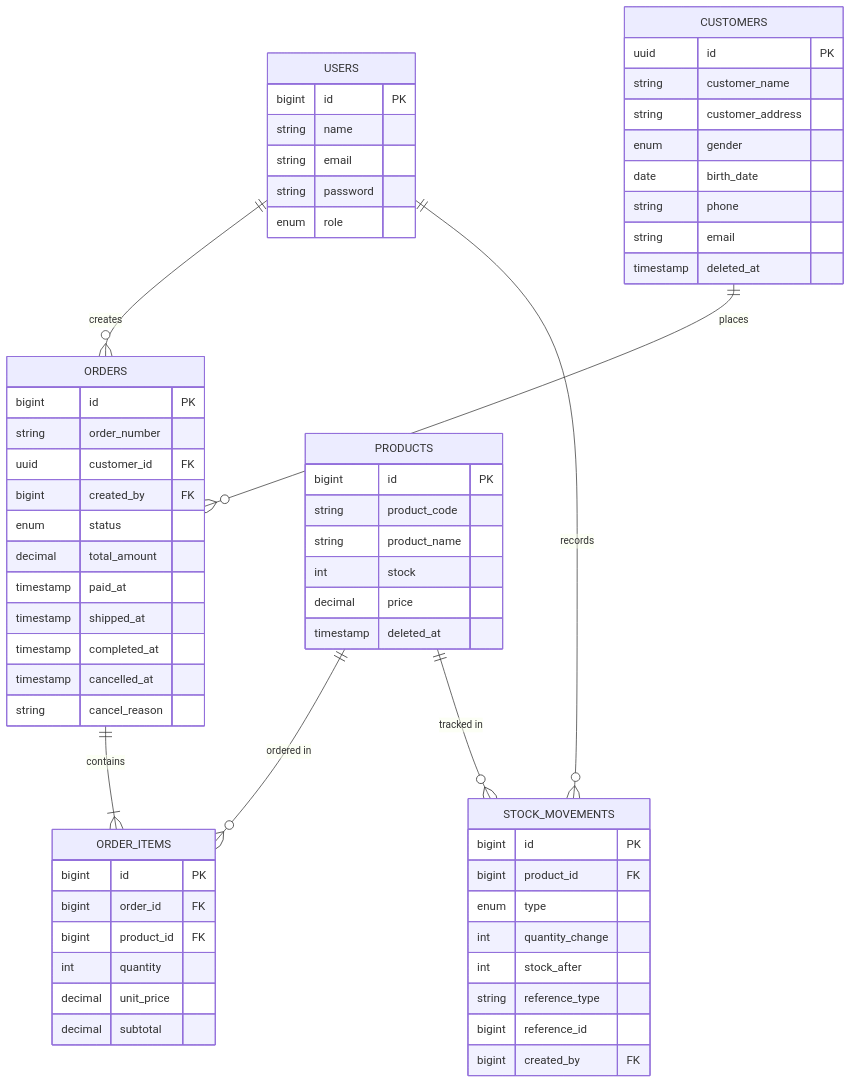
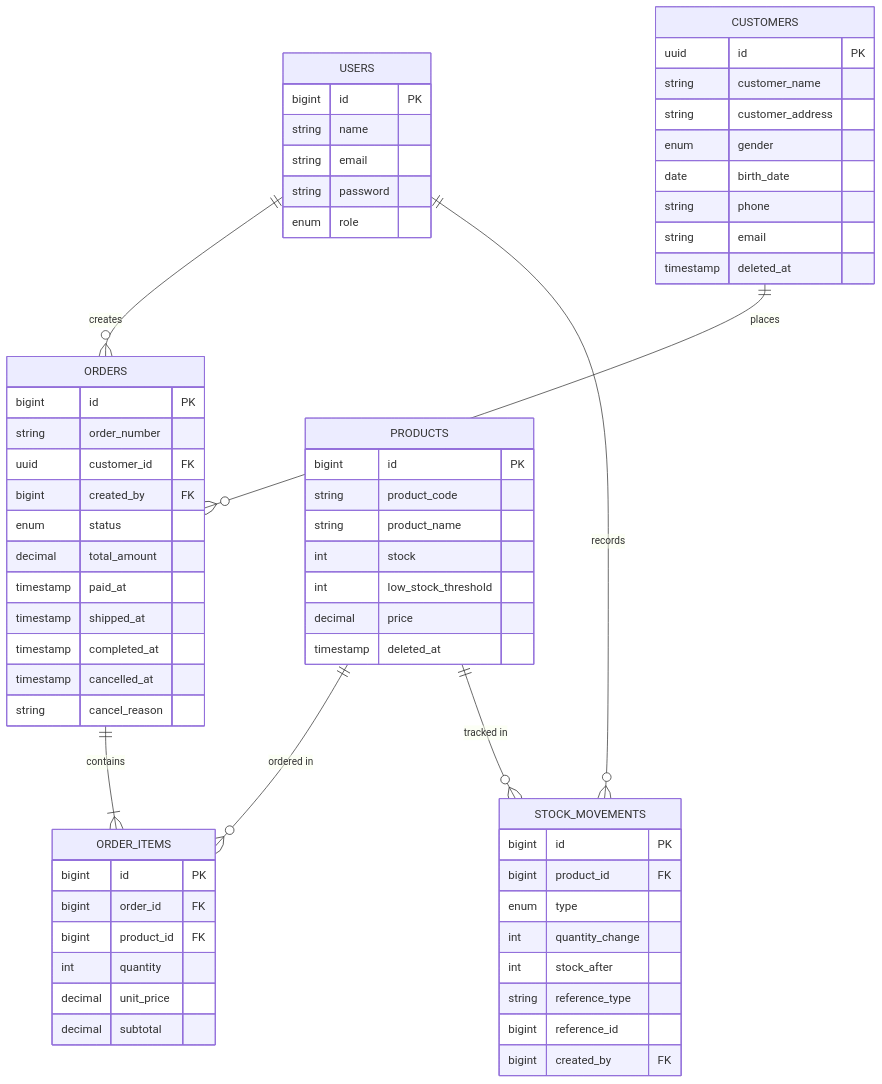
Before and after one commit to ProgNuha/order-system: the second of 2 diagrams in ARCHITECTURE.md, drawn with Mermaid. The commit also changed other lines of this file and 1 other file, not shown here.

Commit message:
docs: update readme and architecture document

````diff
--- a/ARCHITECTURE.md
+++ b/ARCHITECTURE.md
@@ -18,71 +18,72 @@
 ```mermaid
 erDiagram
     USERS ||--o{ ORDERS : creates
     USERS ||--o{ STOCK_MOVEMENTS : records
     CUSTOMERS ||--o{ ORDERS : places
     ORDERS ||--|{ ORDER_ITEMS : contains
     PRODUCTS ||--o{ ORDER_ITEMS : "ordered in"
     PRODUCTS ||--o{ STOCK_MOVEMENTS : "tracked in"
 
     USERS {
         bigint id PK
         string name
         string email
         string password
         enum role
     }
 
     PRODUCTS {
         bigint id PK
         string product_code
         string product_name
         int stock
+        int low_stock_threshold
         decimal price
         timestamp deleted_at
     }
 
     CUSTOMERS {
         uuid id PK
         string customer_name
         string customer_address
         enum gender
         date birth_date
         string phone
         string email
         timestamp deleted_at
     }
 
     ORDERS {
         bigint id PK
         string order_number
         uuid customer_id FK
         bigint created_by FK
         enum status
         decimal total_amount
         timestamp paid_at
         timestamp shipped_at
         timestamp completed_at
         timestamp cancelled_at
         string cancel_reason
     }
 
     ORDER_ITEMS {
         bigint id PK
         bigint order_id FK
         bigint product_id FK
         int quantity
         decimal unit_price
         decimal subtotal
     }
 
     STOCK_MOVEMENTS {
         bigint id PK
         bigint product_id FK
         enum type
         int quantity_change
         int stock_after
         string reference_type
         bigint reference_id
         bigint created_by FK
     }
 ```
````
